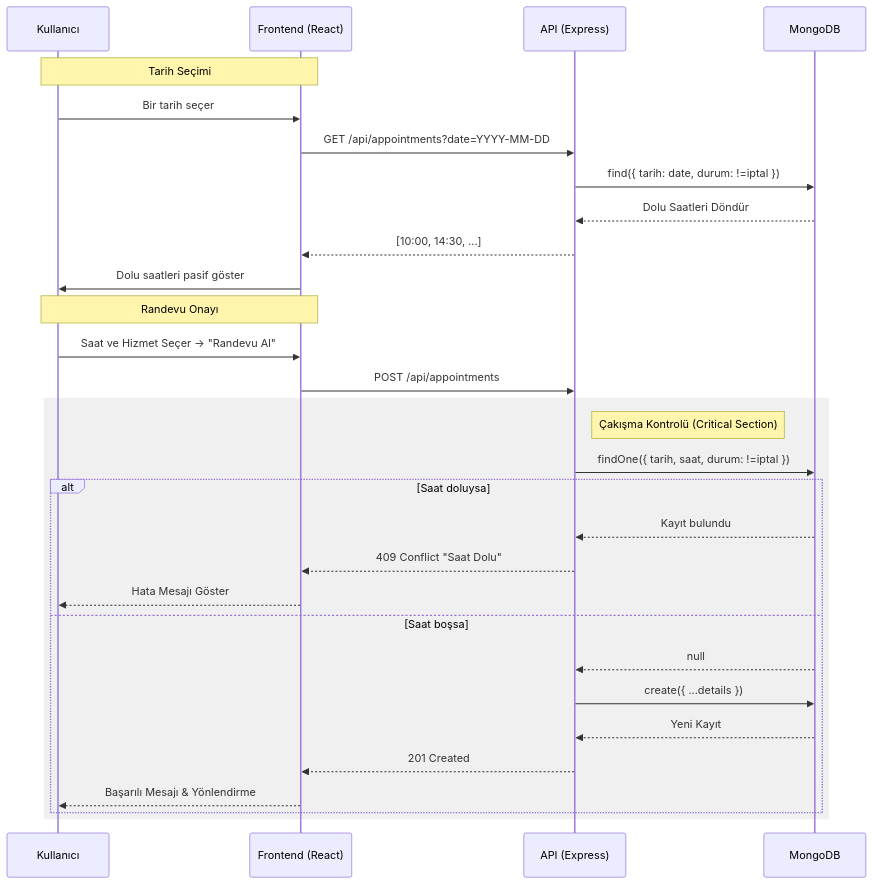
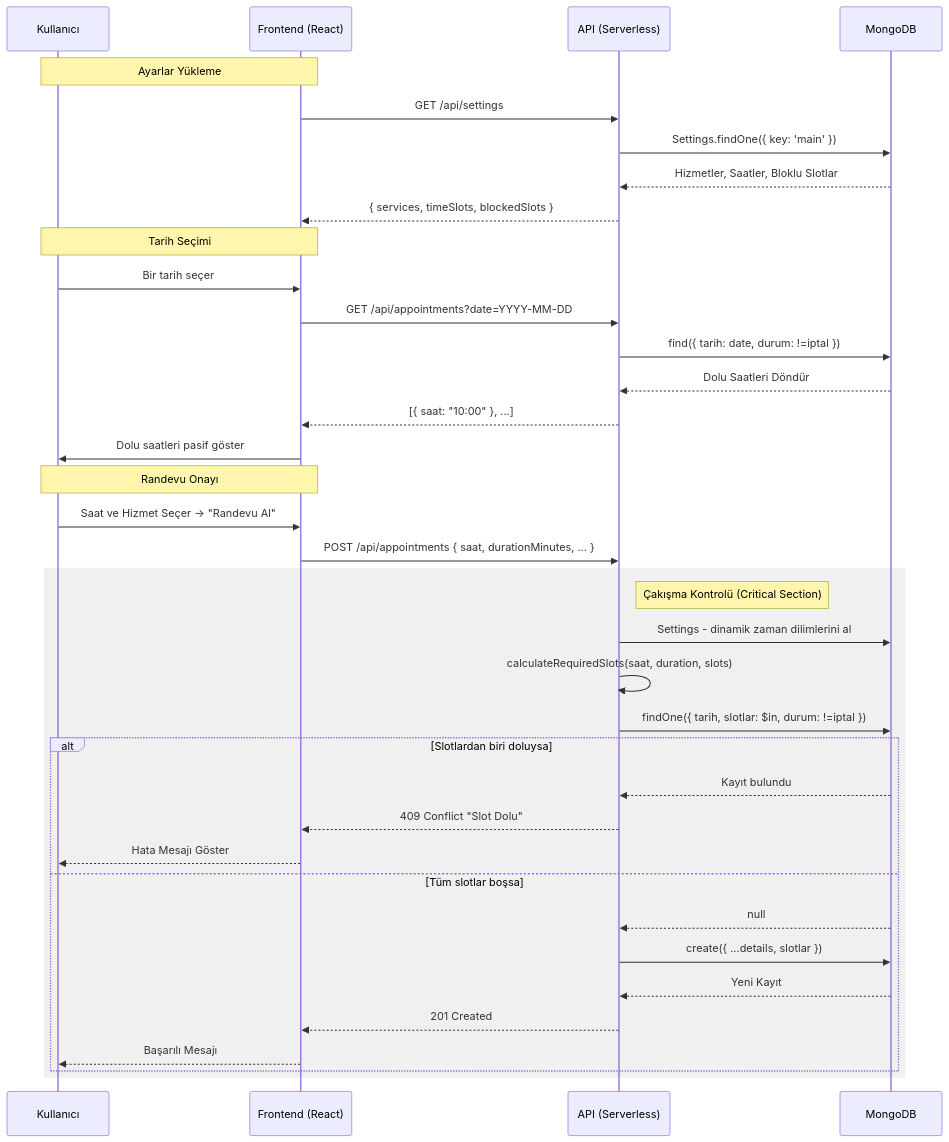
One commit to kursat-dev/Berber-Randevu-Sistemi changed the second of 2 diagrams in README.md. Above: the diagram before and after it, drawn with Mermaid. The commit also changed other lines of this file, not shown here.

````diff
--- a/README.md
+++ b/README.md
@@ -66,35 +77,43 @@
 ```mermaid
 sequenceDiagram
     participant U as Kullanıcı
     participant FE as Frontend (React)
-    participant API as API (Express)
+    participant API as API (Serverless)
     participant DB as MongoDB
+
+    Note over U, FE: Ayarlar Yükleme
+    FE->>API: GET /api/settings
+    API->>DB: Settings.findOne({ key: 'main' })
+    DB-->>API: Hizmetler, Saatler, Bloklu Slotlar
+    API-->>FE: { services, timeSlots, blockedSlots }
 
     Note over U, FE: Tarih Seçimi
     U->>FE: Bir tarih seçer
     FE->>API: GET /api/appointments?date=YYYY-MM-DD
     API->>DB: find({ tarih: date, durum: !=iptal })
     DB-->>API: Dolu Saatleri Döndür
-    API-->>FE: [10:00, 14:30, ...]
+    API-->>FE: [{ saat: "10:00" }, ...]
     FE->>U: Dolu saatleri pasif göster
 
     Note over U, FE: Randevu Onayı
     U->>FE: Saat ve Hizmet Seçer -> "Randevu Al"
-    FE->>API: POST /api/appointments
+    FE->>API: POST /api/appointments { saat, durationMinutes, ... }
     
     rect rgb(240, 240, 240)
         Note right of API: Çakışma Kontrolü (Critical Section)
-        API->>DB: findOne({ tarih, saat, durum: !=iptal })
-        alt Saat doluysa
+        API->>DB: Settings - dinamik zaman dilimlerini al
+        API->>API: calculateRequiredSlots(saat, duration, slots)
+        API->>DB: findOne({ tarih, slotlar: $in, durum: !=iptal })
+        alt Slotlardan biri doluysa
             DB-->>API: Kayıt bulundu
-            API-->>FE: 409 Conflict "Saat Dolu"
+            API-->>FE: 409 Conflict "Slot Dolu"
             FE-->>U: Hata Mesajı Göster
-        else Saat boşsa
+        else Tüm slotlar boşsa
             DB-->>API: null
-            API->>DB: create({ ...details })
+            API->>DB: create({ ...details, slotlar })
             DB-->>API: Yeni Kayıt
             API-->>FE: 201 Created
-            FE-->>U: Başarılı Mesajı & Yönlendirme
+            FE-->>U: Başarılı Mesajı
         end
     end
 ```
````
